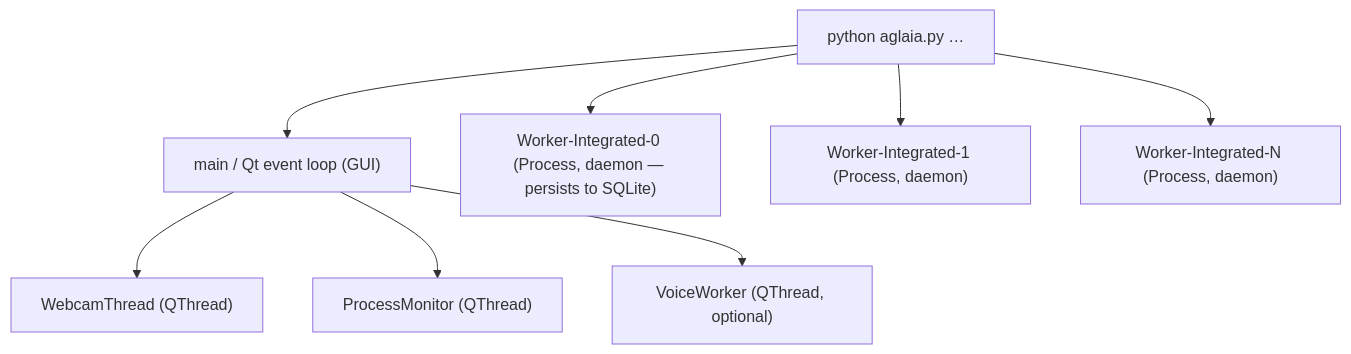
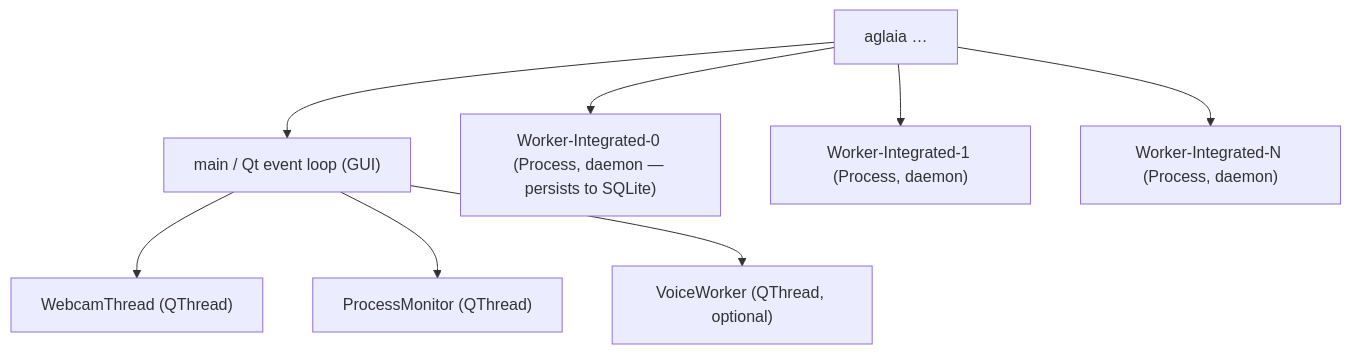
The second of 3 diagrams in docs/architecture.md (yb85/aglaia), drawn with Mermaid before and after one commit. The commit also changed other lines of this file and 7 other files, not shown here.

````diff
--- a/docs/architecture.md
+++ b/docs/architecture.md
@@ -118,18 +118,18 @@
 ```mermaid
 flowchart TD
-    Root["python aglaia.py …"]
+    Root["aglaia …"]
     Main["main / Qt event loop (GUI)"]
     Webcam["WebcamThread (QThread)"]
     Mon["ProcessMonitor (QThread)"]
     Voice["VoiceWorker (QThread, optional)"]
     W0["Worker-Integrated-0 (Process, daemon — persists to SQLite)"]
     W1["Worker-Integrated-1 (Process, daemon)"]
     WN["Worker-Integrated-N (Process, daemon)"]
     Root --> Main
     Main --> Webcam
     Main --> Mon
     Main --> Voice
     Root --> W0
     Root --> W1
     Root --> WN
 ```
````
